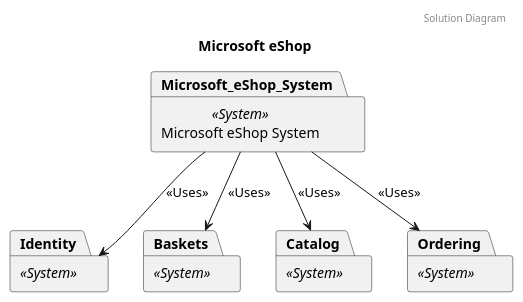
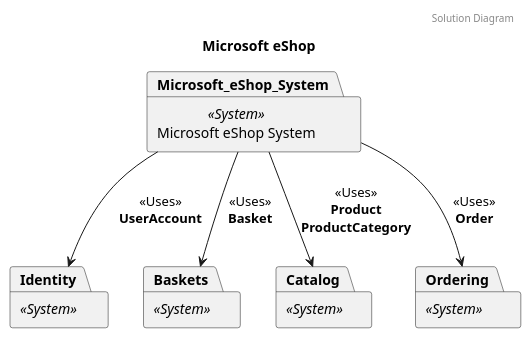
One commit to garrettsutula/example-trellis-project changed the fourth of 5 diagrams in diagrams/solutions/Microsoft_eShop.puml. Above: the diagram before and after it, drawn with PlantUML. The commit also changed other lines of this file and 6 other files, not shown here.

```diff
--- a/diagrams/solutions/Microsoft_eShop.puml
+++ b/diagrams/solutions/Microsoft_eShop.puml
@@ -183,13 +183,13 @@
 @startuml Solution System Diagram Microsoft eShop
 header Solution Diagram
 title Microsoft eShop
 package "Identity" as Identity <<System>>
 package "Baskets" as Baskets <<System>>
 package "Catalog" as Catalog <<System>>
 package "Ordering" as Ordering <<System>>
 package "Microsoft eShop System" as Microsoft_eShop_System <<System>>
-	Microsoft_eShop_System --> Baskets: <<Uses>>
-	Microsoft_eShop_System --> Catalog: <<Uses>>
-	Microsoft_eShop_System --> Ordering: <<Uses>>
-	Microsoft_eShop_System --> Identity: <<Uses>>
+	Microsoft_eShop_System --> Baskets: <<Uses>>\n**Basket**
+	Microsoft_eShop_System --> Catalog: <<Uses>>\n**Product**\n**ProductCategory**
+	Microsoft_eShop_System --> Ordering: <<Uses>>\n**Order**
+	Microsoft_eShop_System --> Identity: <<Uses>>\n**UserAccount**
 @enduml
```
